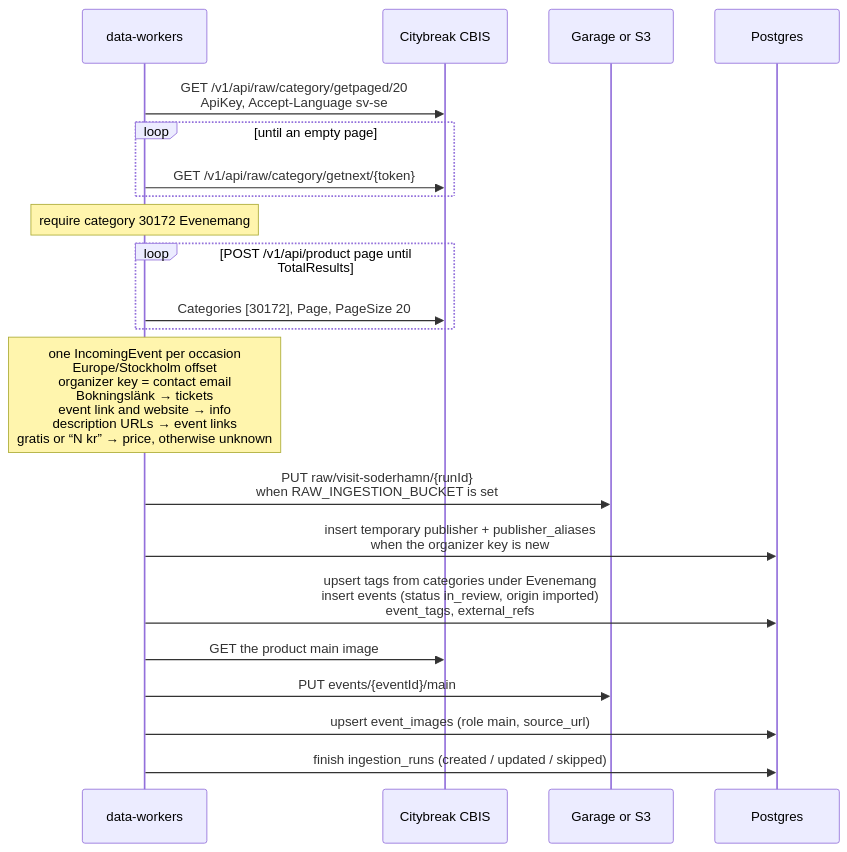
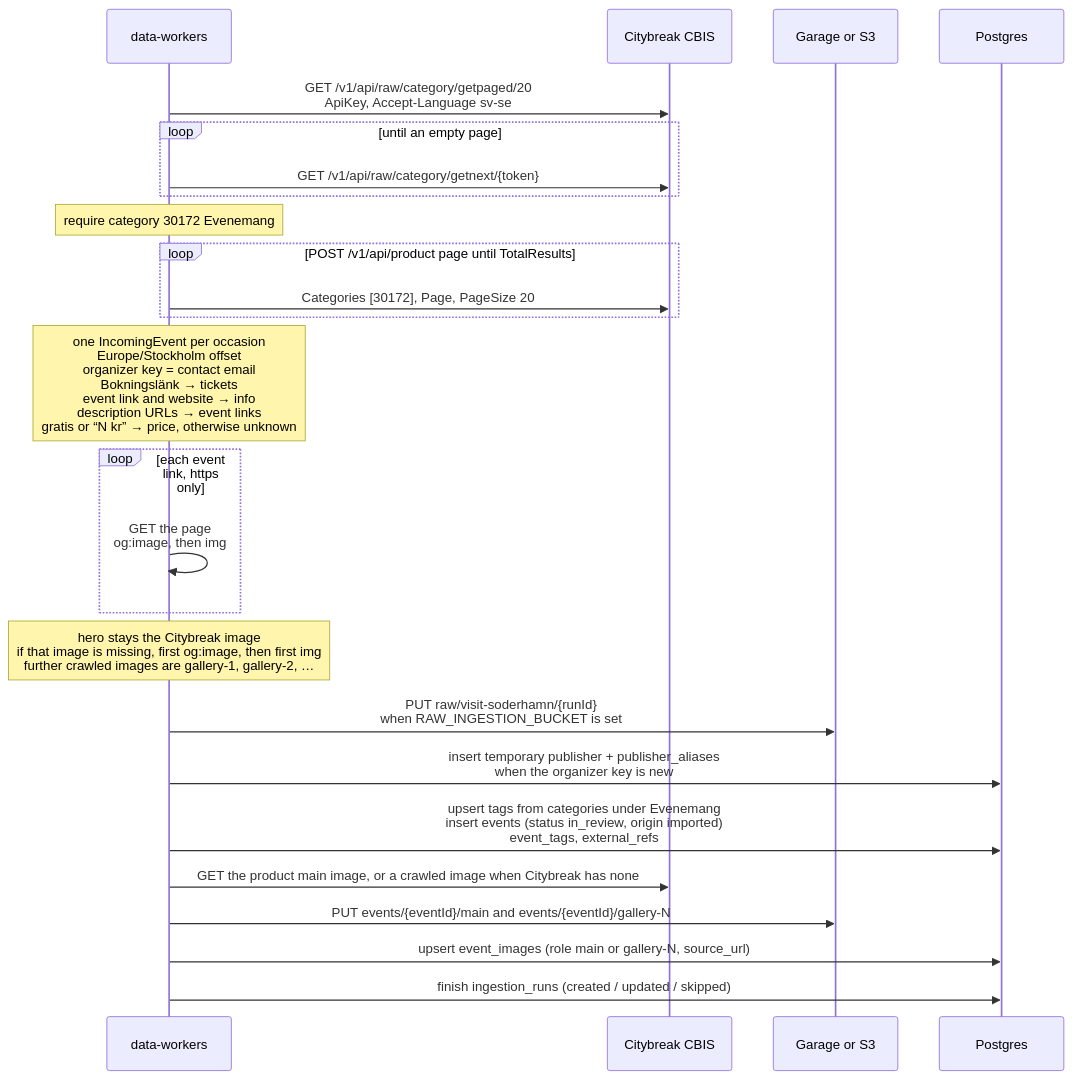
The diagram in docs/flows/visit-soderhamn.md (BradleySmallbottoms/evently), drawn with Mermaid before and after one commit. The commit also changed other lines of this file and 90 other files, not shown here.

````diff
--- a/docs/flows/visit-soderhamn.md
+++ b/docs/flows/visit-soderhamn.md
@@ -17,24 +18,28 @@
 ```mermaid
 sequenceDiagram
   participant Runner as data-workers
   participant CBIS as Citybreak CBIS
   participant Store as Garage or S3
   participant DB as Postgres
 
   Runner->>CBIS: GET /v1/api/raw/category/getpaged/20<br/>ApiKey, Accept-Language sv-se
   loop until an empty page
     Runner->>CBIS: GET /v1/api/raw/category/getnext/{token}
   end
   Note over Runner: require category 30172 Evenemang
   loop POST /v1/api/product page until TotalResults
     Runner->>CBIS: Categories [30172], Page, PageSize 20
   end
   Note over Runner: one IncomingEvent per occasion<br/>Europe/Stockholm offset<br/>organizer key = contact email<br/>Bokningslänk → tickets<br/>event link and website → info<br/>description URLs → event links<br/>gratis or “N kr” → price, otherwise unknown
+  loop each event link, https only
+    Runner->>Runner: GET the page<br/>og:image, then img
+  end
+  Note over Runner: hero stays the Citybreak image<br/>if that image is missing, first og:image, then first img<br/>further crawled images are gallery-1, gallery-2, …
   Runner->>Store: PUT raw/visit-soderhamn/{runId}<br/>when RAW_INGESTION_BUCKET is set
   Runner->>DB: insert temporary publisher + publisher_aliases<br/>when the organizer key is new
   Runner->>DB: upsert tags from categories under Evenemang<br/>insert events (status in_review, origin imported)<br/>event_tags, external_refs
-  Runner->>CBIS: GET the product main image
-  Runner->>Store: PUT events/{eventId}/main
-  Runner->>DB: upsert event_images (role main, source_url)
+  Runner->>CBIS: GET the product main image, or a crawled image when Citybreak has none
+  Runner->>Store: PUT events/{eventId}/main and events/{eventId}/gallery-N
+  Runner->>DB: upsert event_images (role main or gallery-N, source_url)
   Runner->>DB: finish ingestion_runs (created / updated / skipped)
 ```
````
